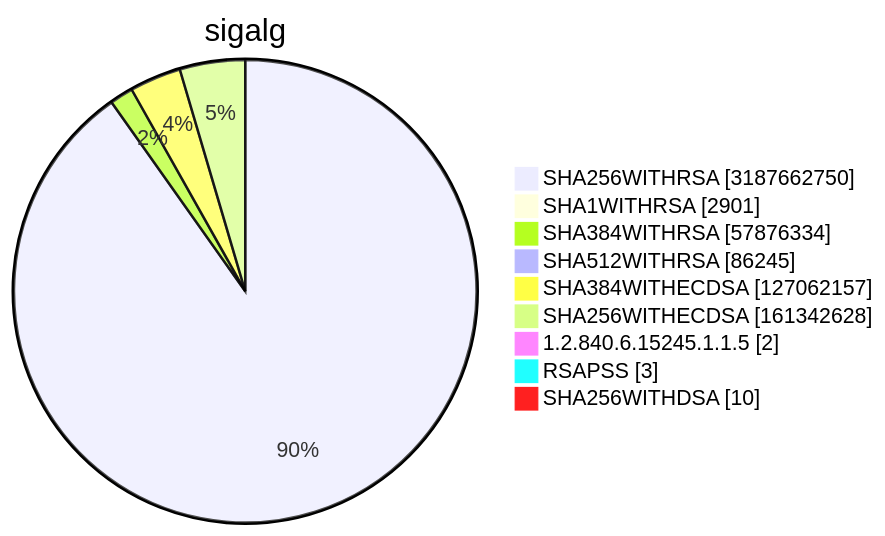
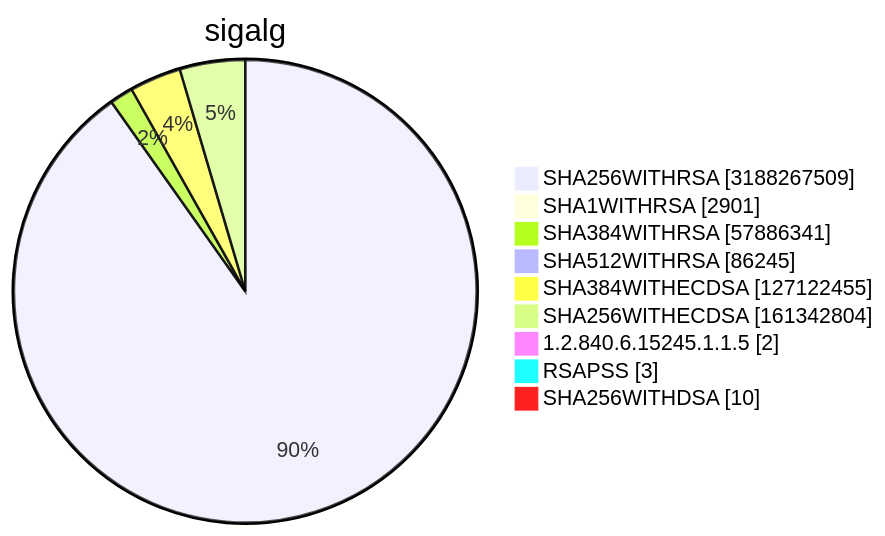
Before and after one commit to christiankrug/ctmonitor_visualization: diagram 15 of 15 in TOTAL/README.md, drawn with Mermaid. The commit also changed other lines of this file, not shown here.

````diff
--- a/TOTAL/README.md
+++ b/TOTAL/README.md
@@ -6216,13 +6216,13 @@
 ```mermaid
 pie showData
 title sigalg
-"SHA256WITHRSA" :3187662750
+"SHA256WITHRSA" :3188267509
 "SHA1WITHRSA" :2901
-"SHA384WITHRSA" :57876334
+"SHA384WITHRSA" :57886341
 "SHA512WITHRSA" :86245
-"SHA384WITHECDSA" :127062157
-"SHA256WITHECDSA" :161342628
+"SHA384WITHECDSA" :127122455
+"SHA256WITHECDSA" :161342804
 "1.2.840.6.15245.1.1.5" :2
 "RSAPSS" :3
 "SHA256WITHDSA" :10
 ```
````
